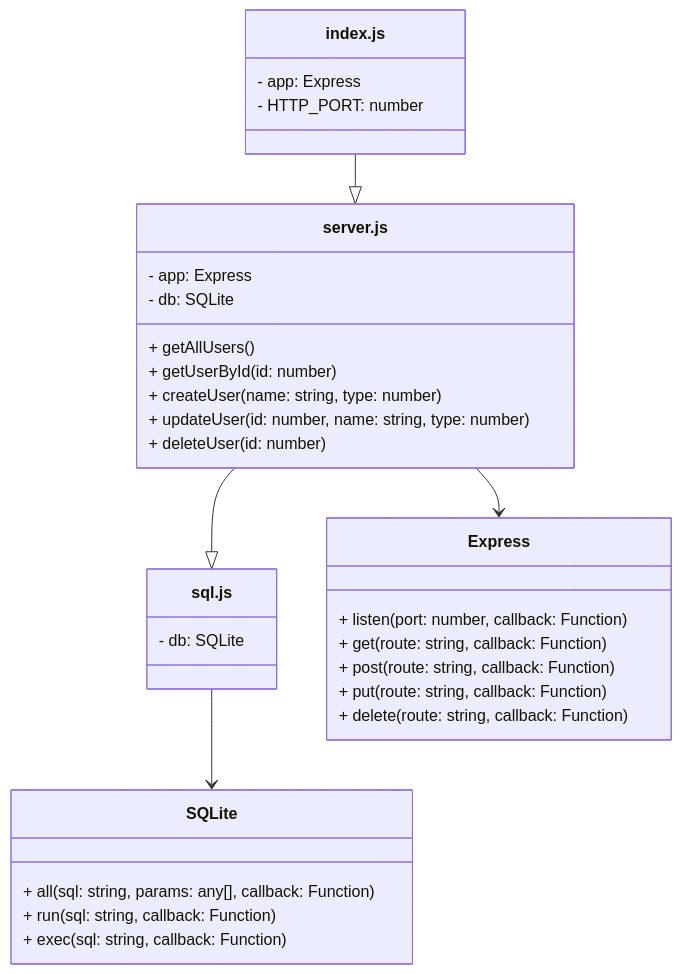
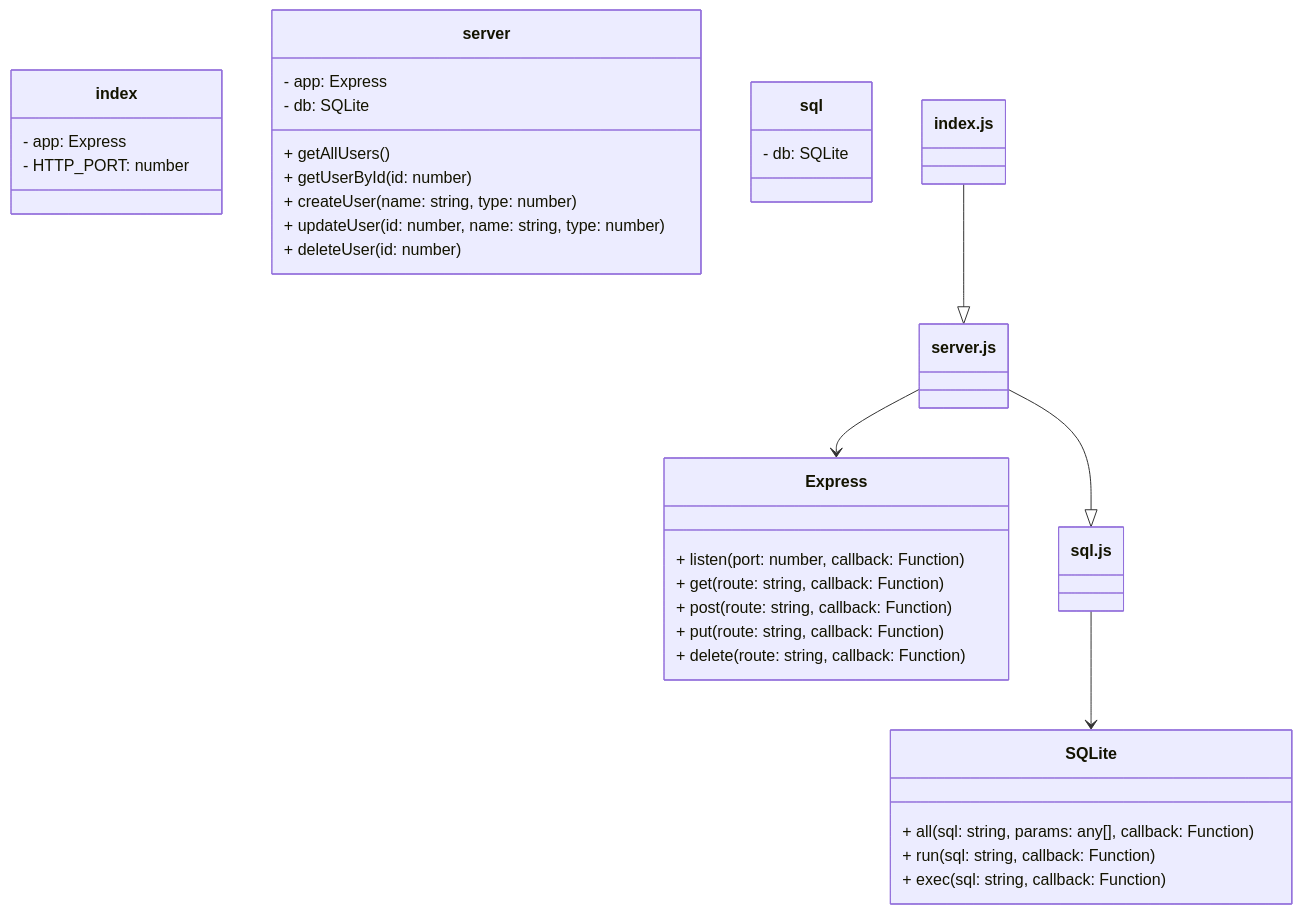
The first of 3 diagrams in README.md (noneda/ApiTestExpress), drawn with Mermaid before and after one commit.

Commit message:
App: README Corr

````diff
--- a/README.md
+++ b/README.md
@@ -59,36 +59,36 @@
 ```mermaid
 classDiagram
-    class index.js {
+    class index{
         - app: Express
         - HTTP_PORT: number
     }
-    class server.js {
+    class server{
         - app: Express
         - db: SQLite
         + getAllUsers()
         + getUserById(id: number)
         + createUser(name: string, type: number)
         + updateUser(id: number, name: string, type: number)
         + deleteUser(id: number)
     }
-    class sql.js {
+    class sql{
         - db: SQLite
     }
     class Express {
         + listen(port: number, callback: Function)
         + get(route: string, callback: Function)
         + post(route: string, callback: Function)
         + put(route: string, callback: Function)
         + delete(route: string, callback: Function)
     }
     class SQLite {
         + all(sql: string, params: any[], callback: Function)
         + run(sql: string, callback: Function)
         + exec(sql: string, callback: Function)
     }
 
     index.js --|> server.js
     server.js --|> sql.js
     server.js --> Express
     sql.js --> SQLite
 ```
````
